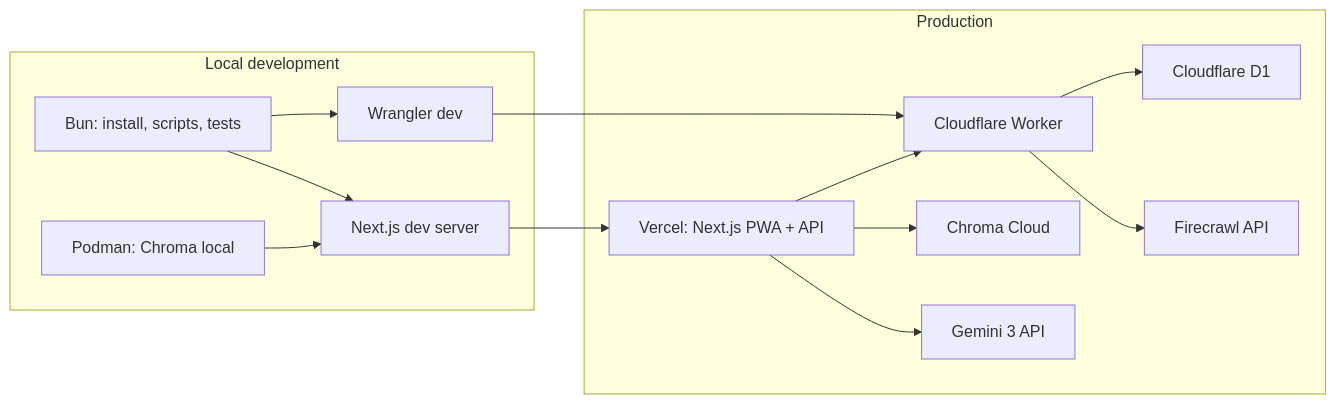
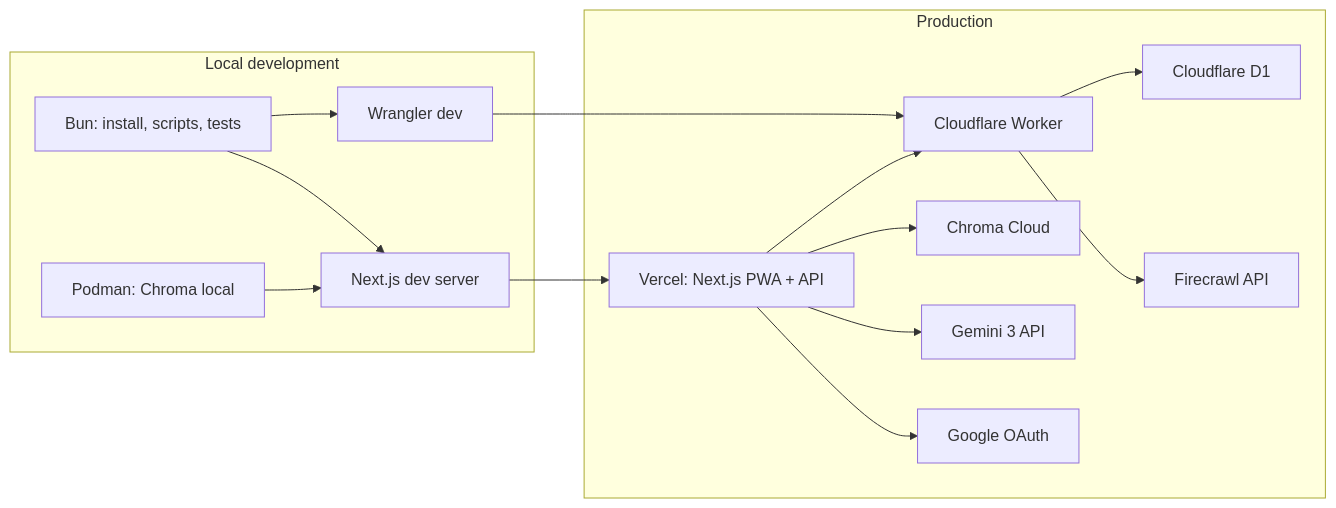
The fifth of 7 diagrams in README.md (khangzens2001/AI-build-week-gemo), drawn with Mermaid before and after one commit. The commit also changed other lines of this file and 151 other files, not shown here.

````diff
--- a/README.md
+++ b/README.md
@@ -171,28 +177,30 @@
 ```mermaid
 flowchart LR
     subgraph LOCAL["Local development"]
         L1["Bun: install, scripts, tests"]
         L2["Next.js dev server"]
         L3["Wrangler dev"]
         L4["Podman: Chroma local"]
     end
 
     subgraph PROD["Production"]
         P1["Vercel: Next.js PWA + API"]
         P2["Cloudflare Worker"]
         P3["Cloudflare D1"]
         P4["Chroma Cloud"]
         P5["Gemini 3 API"]
         P6["Firecrawl API"]
+        P7["Google OAuth"]
     end
 
     L1 --> L2
     L1 --> L3
     L4 --> L2
     L2 --> P1
     L3 --> P2
     P1 --> P2 --> P3
     P1 --> P4
     P1 --> P5
+    P1 --> P7
     P2 --> P6
 ```
````
